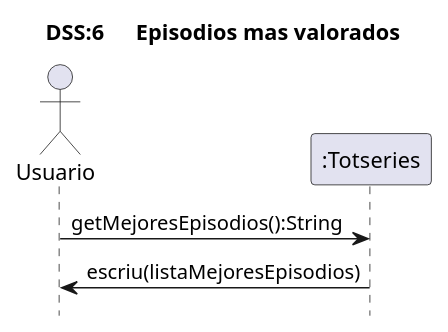
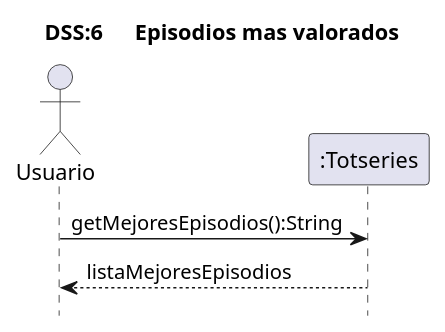
Before and after one commit to MrViciao/TotSeries: the diagram in src/totseries/Uml/Sistema/Diagrama de Sistema UC6.puml, drawn with PlantUML. The commit also changed 7 other files, not shown here.

```diff
--- a/src/totseries/Uml/Sistema/Diagrama de Sistema UC6.puml
+++ b/src/totseries/Uml/Sistema/Diagrama de Sistema UC6.puml
@@ -1,11 +1,11 @@
 @startuml
 title	DSS:6	Episodios mas valorados
 '	ocultar	el	foot	si	son	curts,	sino	deixar-ho
 '	la	comanda	es	la	seguent
 hide	footbox
 'definicio	d'actors
 actor	Usuario	as	user
 user	->	":Totseries":getMejoresEpisodios():String
-":Totseries" -> user :escriu(listaMejoresEpisodios)
+":Totseries" --> user :listaMejoresEpisodios
 
 @enduml
```
